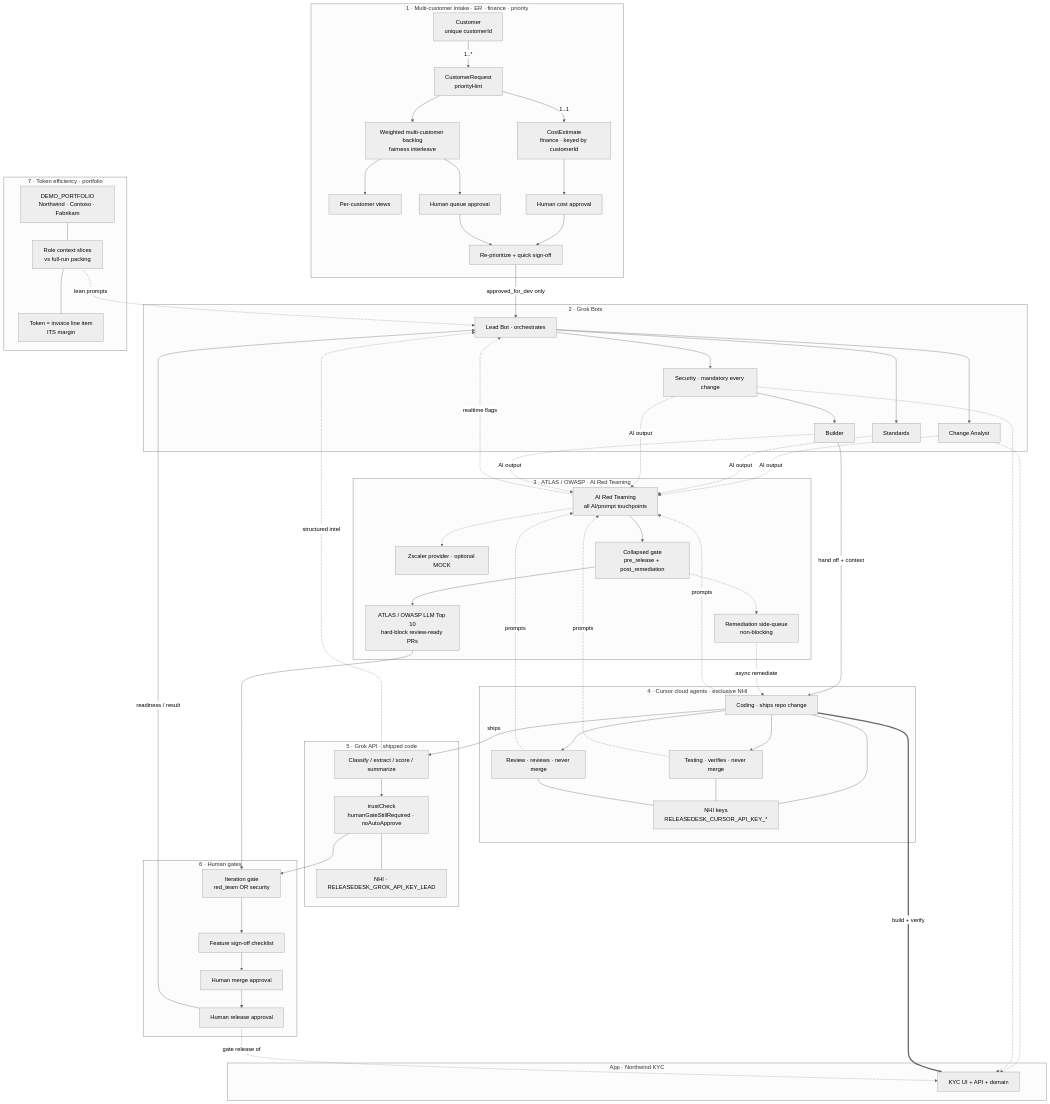
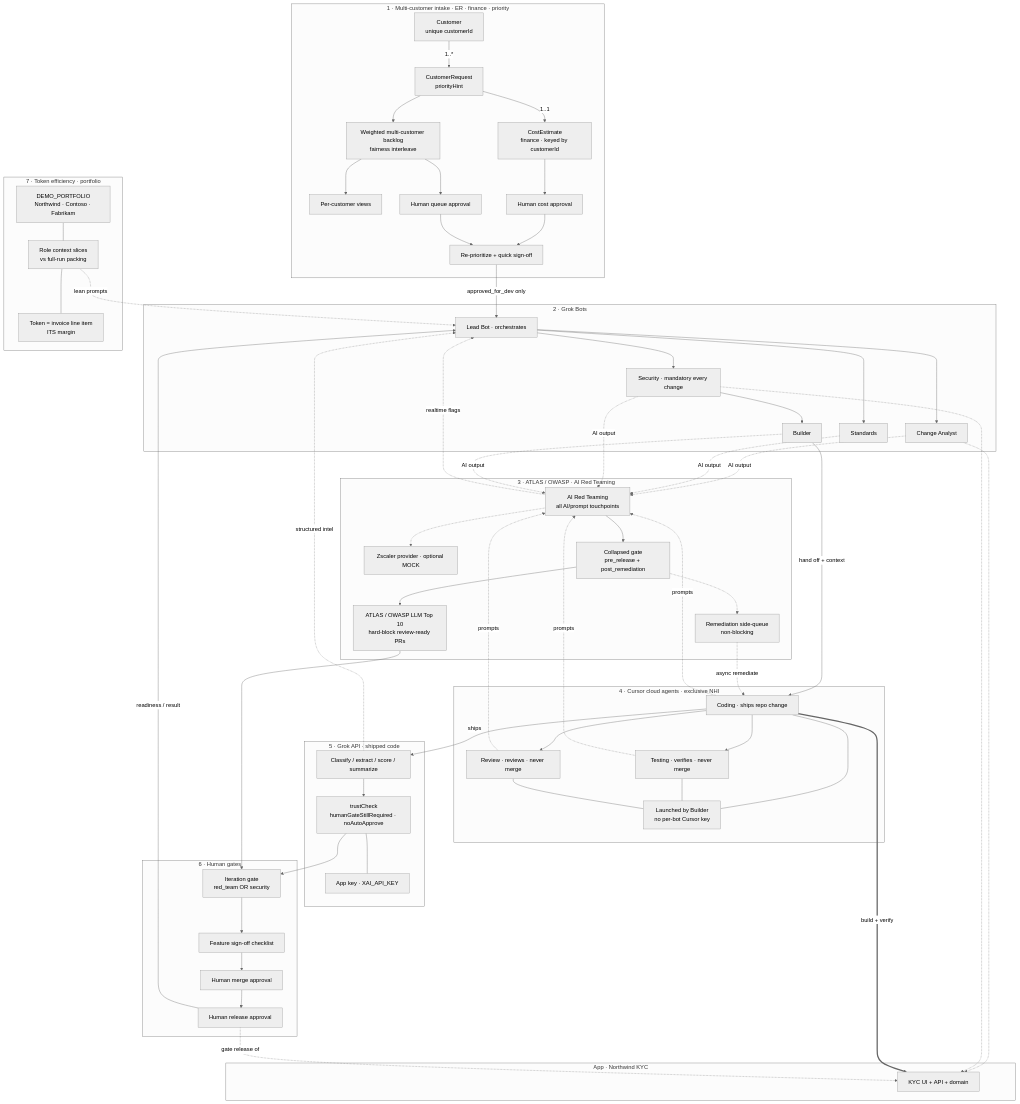
The diagram in docs/architecture-mermaid.md (vishamathur/mvp-releasedesk), drawn with Mermaid (neutral theme) before and after one commit. The commit also changed 107 other files, not shown here.

First line of the commit message:
Move the Release Desk SDLC into the Grok Bot app.

```diff
--- a/docs/architecture-mermaid.md
+++ b/docs/architecture-mermaid.md
@@ -55,7 +55,7 @@
     Coding["Coding · ships repo change"]
     Testing["Testing · verifies · never merge"]
     Review["Review · reviews · never merge"]
-    NHI["NHI keys<br/>RELEASEDESK_CURSOR_API_KEY_*"]
+    NHI["Launched by Builder<br/>no per-bot Cursor key"]
     Coding --- NHI
     Testing --- NHI
     Review --- NHI
@@ -64,7 +64,7 @@
   subgraph GrokAPI["5 · Grok API · shipped code"]
     Intel["Classify / extract / score / summarize"]
     Trust["trustCheck<br/>humanGateStillRequired · noAutoApprove"]
-    LeadKey["NHI · RELEASEDESK_GROK_API_KEY_LEAD"]
+    LeadKey["App key · XAI_API_KEY"]
     Intel --> Trust
     Trust --- LeadKey
   end
```
